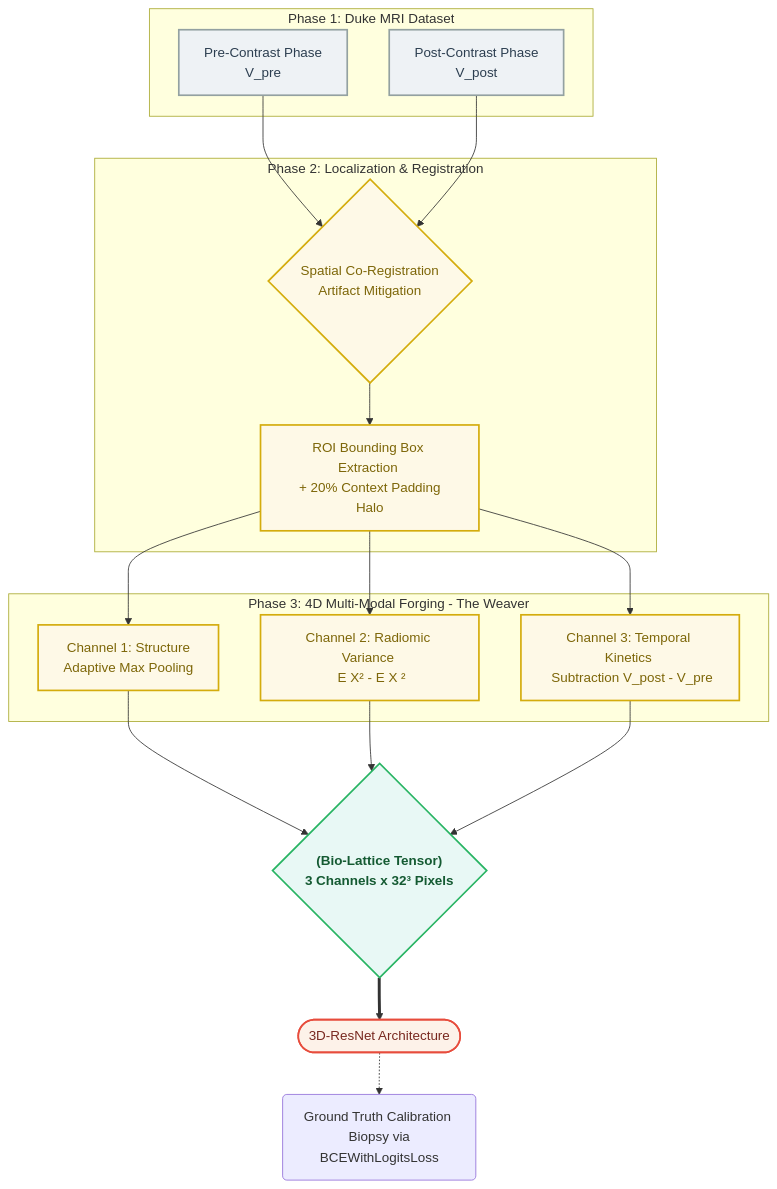
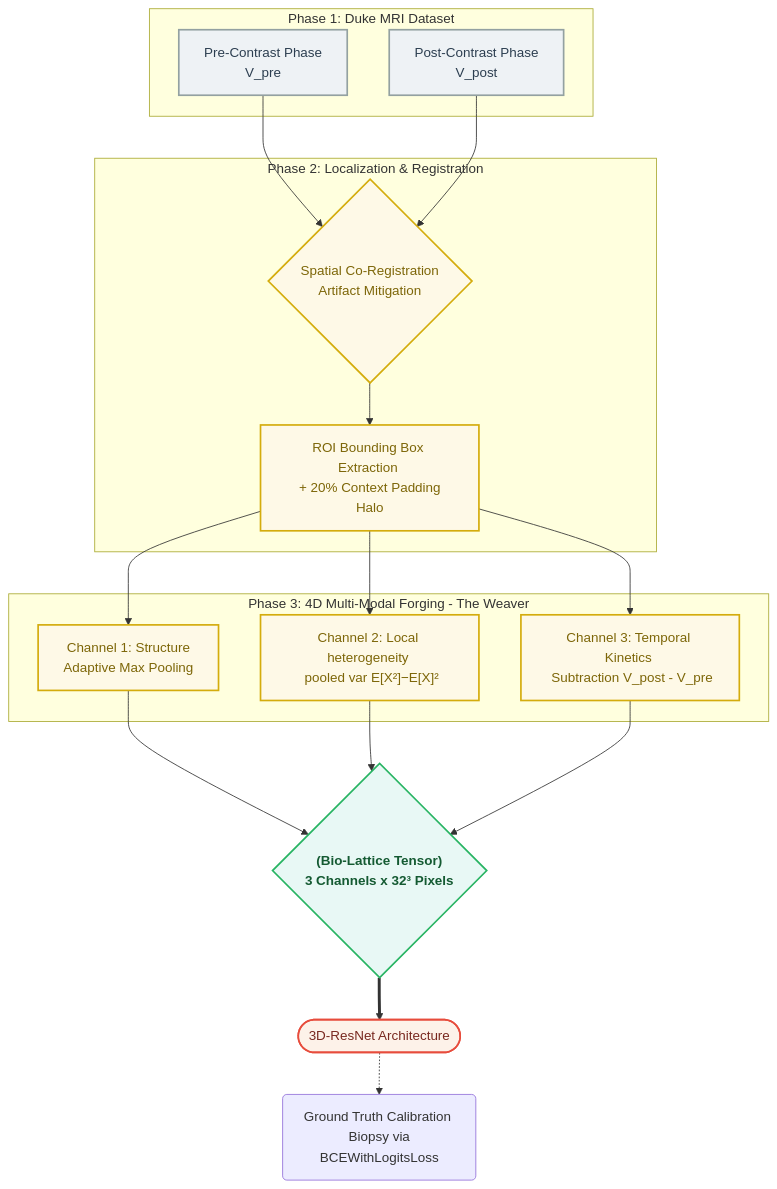
The diagram in README.md (msancheza/biolattice), drawn with Mermaid before and after one commit. The commit also changed other lines of this file and 1 other file, not shown here.

````diff
--- a/README.md
+++ b/README.md
@@ -39,48 +39,48 @@
 ```mermaid
 graph TD
     %% Global Styles
     classDef raw fill:#eef2f5,stroke:#93a1a1,stroke-width:2px,color:#2c3e50;
     classDef process fill:#fef9e7,stroke:#d4ac0d,stroke-width:2px,color:#7d6608;
     classDef tensor fill:#e8f8f5,stroke:#28b463,stroke-width:2px,color:#145a32,font-weight:bold;
     classDef net fill:#fdf2e9,stroke:#e74c3c,stroke-width:2px,color:#78281f;
 
     %% 1. Raw DICOM Sequences
     subgraph Phase 1: Duke MRI Dataset
         PRE["Pre-Contrast Phase <br/> V_pre"]:::raw
         POST["Post-Contrast Phase <br/> V_post"]:::raw
     end
 
     %% 2. Geometric Extraction
     subgraph Phase 2: Localization & Registration
         ALIGN{"Spatial Co-Registration <br/> Artifact Mitigation"}:::process
         ROI["ROI Bounding Box Extraction <br/> + 20% Context Padding Halo"]:::process
     end
 
     PRE --> ALIGN
     POST --> ALIGN
     ALIGN --> ROI
 
     %% 3. The Tensor Weaver
     subgraph Phase 3: 4D Multi-Modal Forging - The Weaver
         C1["Channel 1: Structure <br/> Adaptive Max Pooling"]:::process
-        C2["Channel 2: Radiomic Variance <br/> E X² - E X ²"]:::process
+        C2["Channel 2: Local heterogeneity <br/> pooled var E[X²]−E[X]²"]:::process
         C3["Channel 3: Temporal Kinetics <br/> Subtraction V_post - V_pre"]:::process
     end
 
     ROI --> C1
     ROI --> C2
     ROI --> C3
 
     %% 4. Final Output
     CUB{"(Bio-Lattice Tensor) <br/> 3 Channels x 32³ Pixels"}:::tensor
     C1 --> CUB
     C2 --> CUB
     C3 --> CUB
 
     %% 5. Downstream Inference
     RES(["3D-ResNet Architecture"]):::net
     LOSS("Ground Truth Calibration <br/> Biopsy via BCEWithLogitsLoss")
 
     CUB ==> RES
     RES -.-> LOSS
 ```
````
